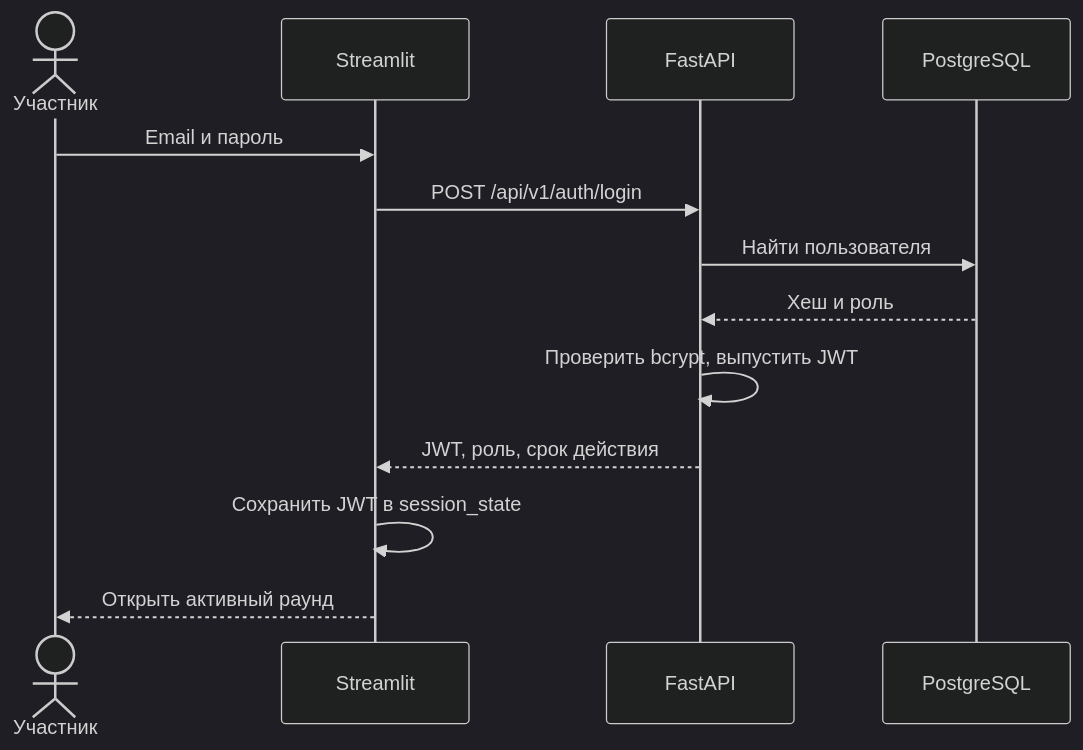
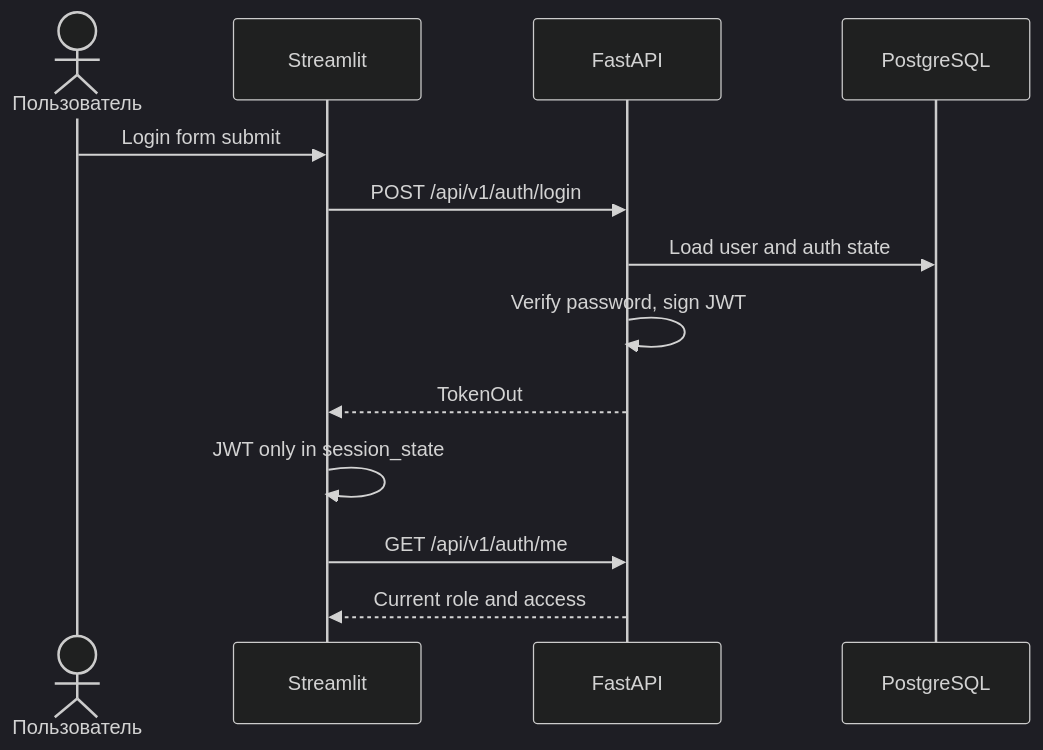
The first of 5 diagrams in docs/api.md (BigZet/AMLautosim), drawn with Mermaid (dark theme) before and after one commit. The commit also changed other lines of this file and 14 other files, not shown here.

````diff
--- a/docs/api.md
+++ b/docs/api.md
@@ -92,16 +191,16 @@
 ```mermaid
 sequenceDiagram
-    actor U as Участник
+    actor U as Пользователь
     participant S as Streamlit
     participant A as FastAPI
-    participant P as PostgreSQL
+    participant D as PostgreSQL
 
-    U->>S: Email и пароль
+    U->>S: Login form submit
     S->>A: POST /api/v1/auth/login
-    A->>P: Найти пользователя
-    P-->>A: Хеш и роль
-    A->>A: Проверить bcrypt, выпустить JWT
-    A-->>S: JWT, роль, срок действия
-    S->>S: Сохранить JWT в session_state
-    S-->>U: Открыть активный раунд
+    A->>D: Load user and auth state
+    A->>A: Verify password, sign JWT
+    A-->>S: TokenOut
+    S->>S: JWT only in session_state
+    S->>A: GET /api/v1/auth/me
+    A-->>S: Current role and access
 ```
````
